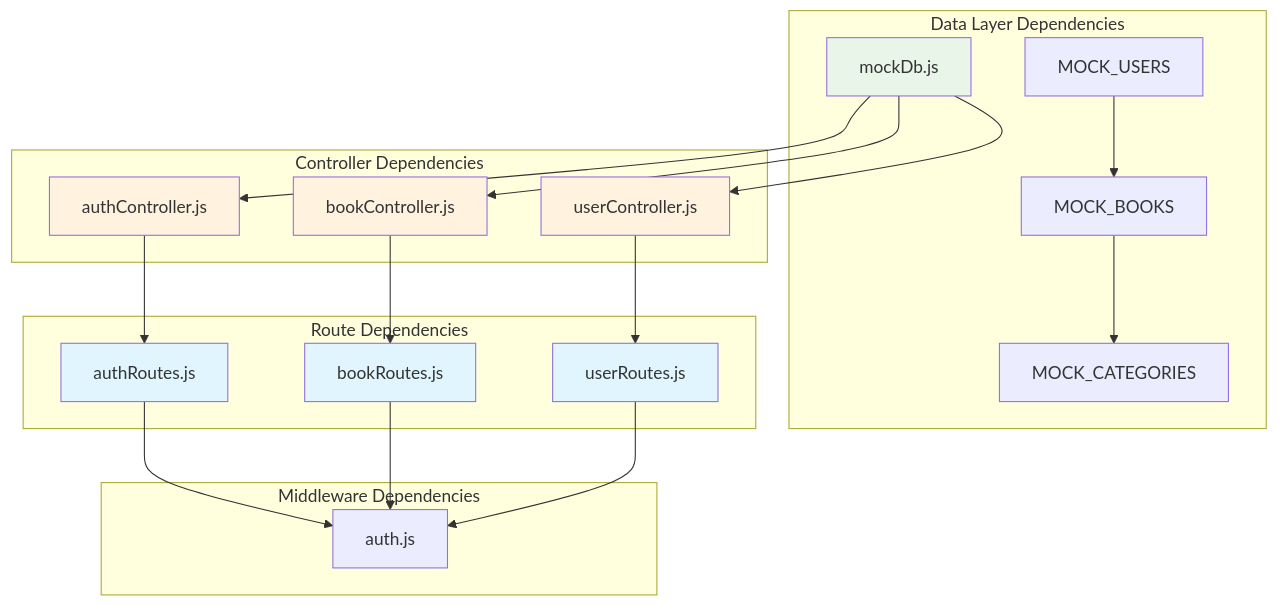
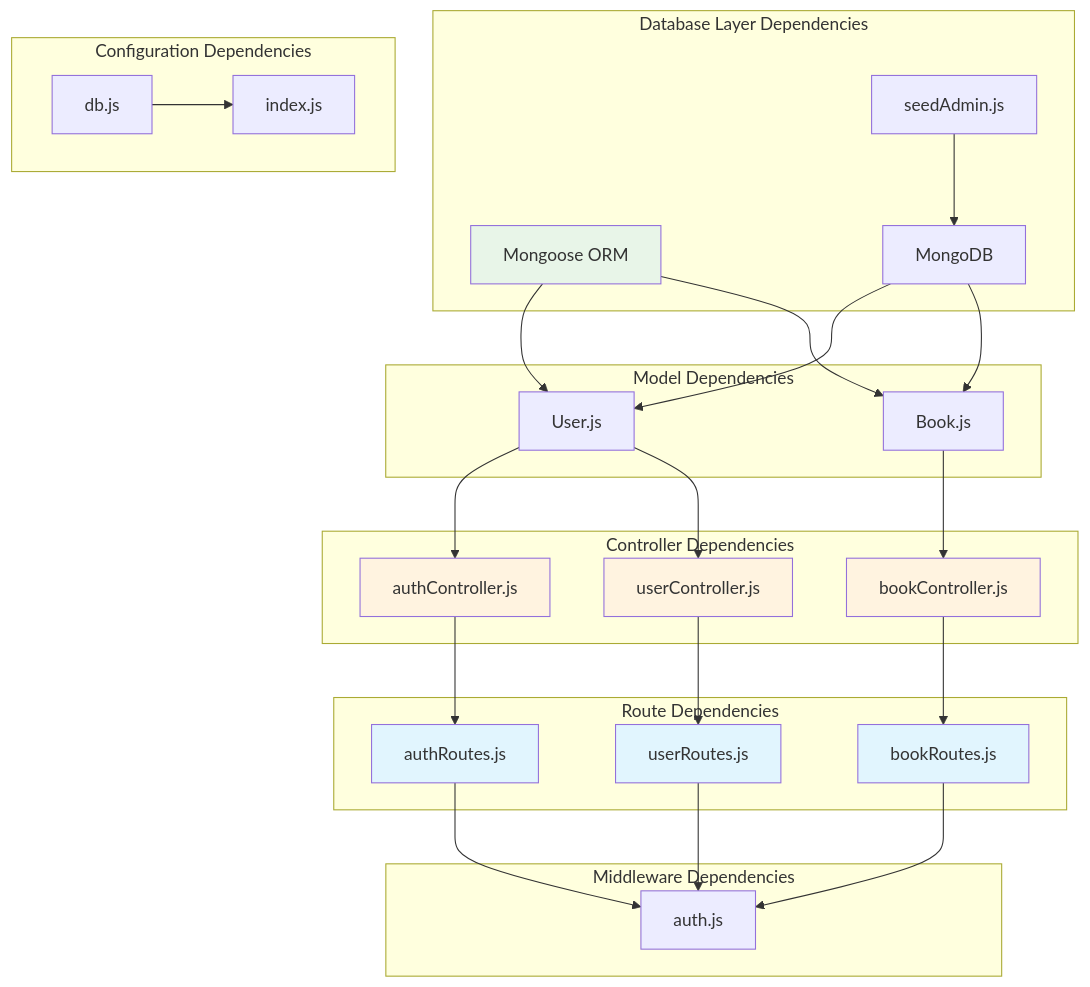
Before and after one commit to ganesh-NB/readsphere: the seventh of 8 diagrams in .qoder/repowiki/en/content/Data Models and Database Schema/Mock Database Implementation.md, drawn with Mermaid. The commit also changed other lines of this file and 46 other files, not shown here.

````diff
--- a/.qoder/repowiki/en/content/Data Models and Database Schema/Mock Database Implementation.md
+++ b/.qoder/repowiki/en/content/Data Models and Database Schema/Mock Database Implementation.md
@@ -311,40 +351,51 @@
 ```mermaid
 graph TD
-subgraph "Data Layer Dependencies"
-MOCK_DB["mockDb.js"]
-USERS["MOCK_USERS"]
-BOOKS["MOCK_BOOKS"]
-CATEGORIES["MOCK_CATEGORIES"]
+subgraph "Database Layer Dependencies"
+MONGOOSE["Mongoose ORM"]
+DATABASE["MongoDB"]
+SEED_SCRIPT["seedAdmin.js"]
+end
+subgraph "Model Dependencies"
+MODEL_USER["User.js"]
+MODEL_BOOK["Book.js"]
 end
 subgraph "Controller Dependencies"
 AUTH_CTRL["authController.js"]
 BOOK_CTRL["bookController.js"]
 USER_CTRL["userController.js"]
 end
 subgraph "Route Dependencies"
 AUTH_ROUTES["authRoutes.js"]
 BOOK_ROUTES["bookRoutes.js"]
 USER_ROUTES["userRoutes.js"]
 end
 subgraph "Middleware Dependencies"
 AUTH_MW["auth.js"]
 end
-MOCK_DB --> AUTH_CTRL
-MOCK_DB --> BOOK_CTRL
-MOCK_DB --> USER_CTRL
+subgraph "Configuration Dependencies"
+DB_CONFIG["db.js"]
+INDEX_APP["index.js"]
+end
+MONGOOSE --> MODEL_USER
+MONGOOSE --> MODEL_BOOK
+MODEL_USER --> AUTH_CTRL
+MODEL_BOOK --> BOOK_CTRL
+MODEL_USER --> USER_CTRL
 AUTH_CTRL --> AUTH_ROUTES
 BOOK_CTRL --> BOOK_ROUTES
 USER_CTRL --> USER_ROUTES
 AUTH_ROUTES --> AUTH_MW
 BOOK_ROUTES --> AUTH_MW
 USER_ROUTES --> AUTH_MW
-USERS --> BOOKS
-BOOKS --> CATEGORIES
-style MOCK_DB fill:#e8f5e8
+DB_CONFIG --> INDEX_APP
+SEED_SCRIPT --> DATABASE
+DATABASE --> MODEL_USER
+DATABASE --> MODEL_BOOK
+style MONGOOSE fill:#e8f5e8
 style AUTH_CTRL fill:#fff3e0
 style BOOK_CTRL fill:#fff3e0
 style USER_CTRL fill:#fff3e0
 style AUTH_ROUTES fill:#e1f5fe
 style BOOK_ROUTES fill:#e1f5fe
 style USER_ROUTES fill:#e1f5fe
 ```
````
